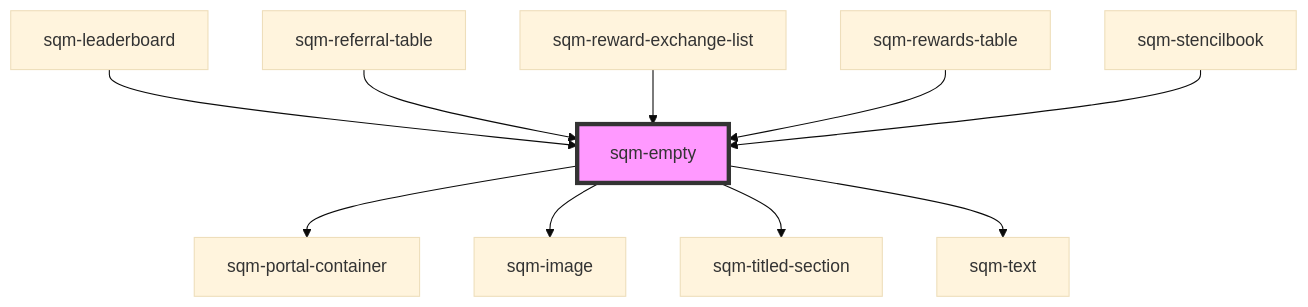
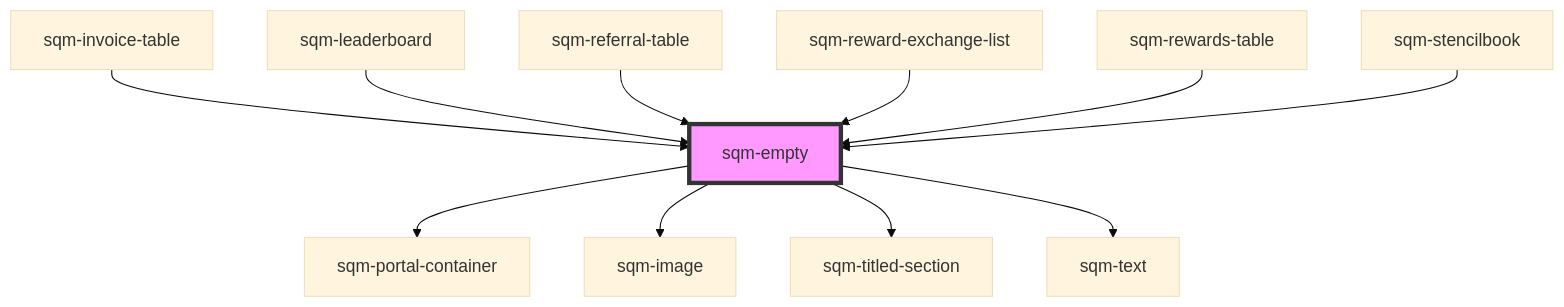
The diagram in packages/mint-components/src/components/sqm-empty/readme.md (saasquatch/program-tools), drawn with Mermaid (base theme) before and after one commit. The commit also changed other lines of this file and 9 other files, not shown here.

````diff
--- a/packages/mint-components/src/components/sqm-empty/readme.md
+++ b/packages/mint-components/src/components/sqm-empty/readme.md
@@ -35,13 +36,14 @@
 ```mermaid
 graph TD;
   sqm-empty --> sqm-portal-container
   sqm-empty --> sqm-image
   sqm-empty --> sqm-titled-section
   sqm-empty --> sqm-text
+  sqm-invoice-table --> sqm-empty
   sqm-leaderboard --> sqm-empty
   sqm-referral-table --> sqm-empty
   sqm-reward-exchange-list --> sqm-empty
   sqm-rewards-table --> sqm-empty
   sqm-stencilbook --> sqm-empty
   style sqm-empty fill:#f9f,stroke:#333,stroke-width:4px
 ```
````
